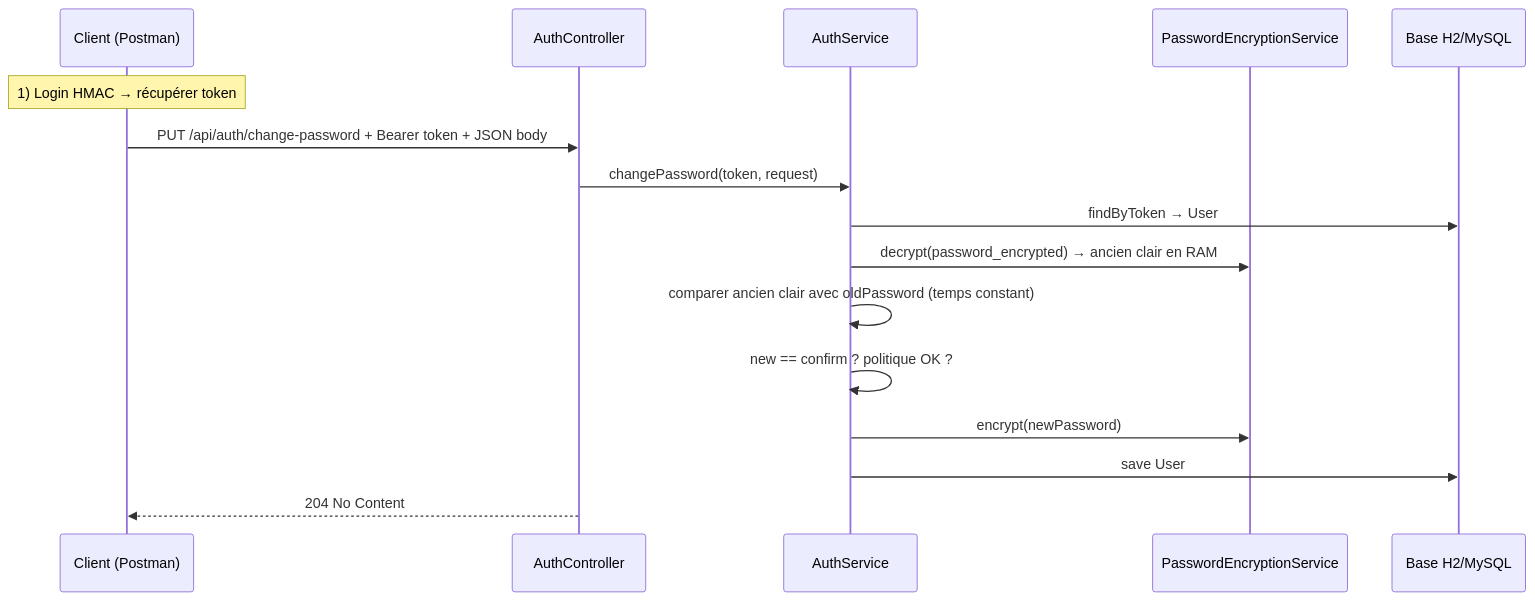
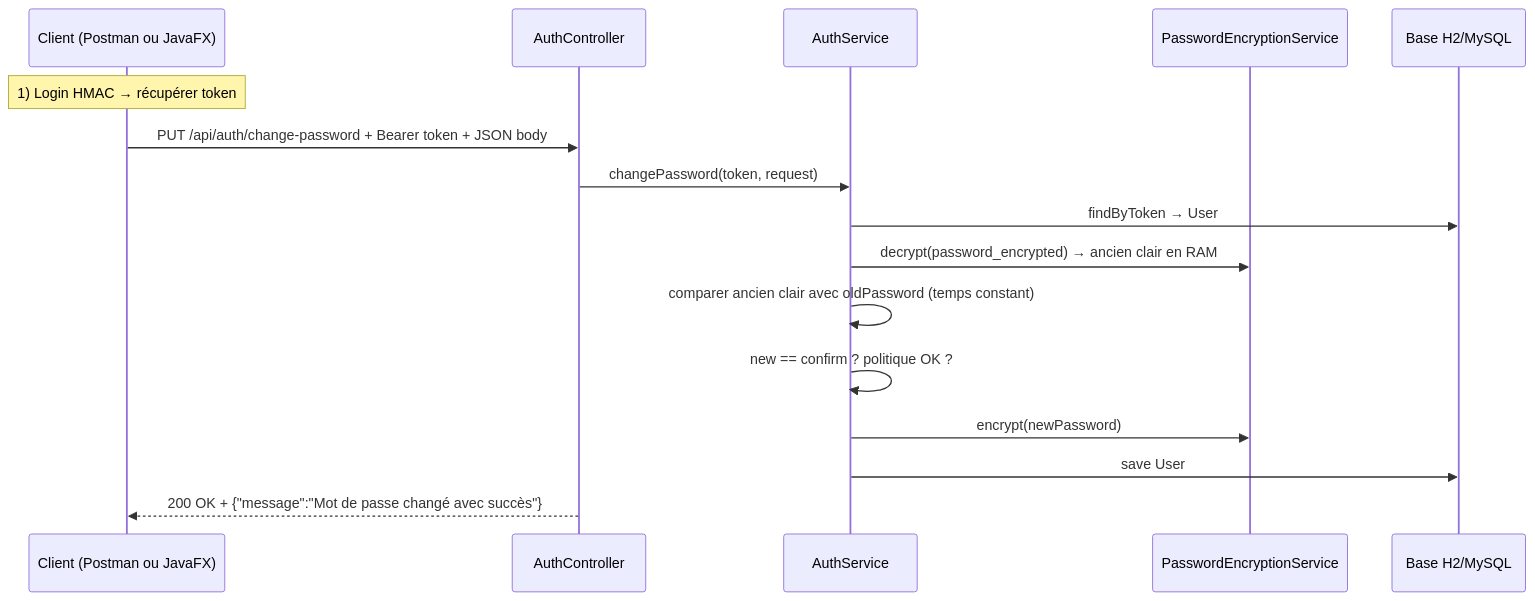
The diagram in Doc/Guide/GUIDE_TP5.md (mirija-712/authentification-java), drawn with Mermaid before and after one commit. The commit also changed other lines of this file and 13 other files, not shown here.

````diff
--- a/Doc/Guide/GUIDE_TP5.md
+++ b/Doc/Guide/GUIDE_TP5.md
@@ -41,19 +42,19 @@
 ```mermaid
 sequenceDiagram
-  participant C as Client (Postman)
+  participant C as Client (Postman ou JavaFX)
   participant API as AuthController
   participant S as AuthService
   participant P as PasswordEncryptionService
   participant DB as Base H2/MySQL
 
   Note over C: 1) Login HMAC → récupérer token
   C->>API: PUT /api/auth/change-password + Bearer token + JSON body
   API->>S: changePassword(token, request)
   S->>DB: findByToken → User
   S->>P: decrypt(password_encrypted) → ancien clair en RAM
   S->>S: comparer ancien clair avec oldPassword (temps constant)
   S->>S: new == confirm ? politique OK ?
   S->>P: encrypt(newPassword)
   S->>DB: save User
-  API-->>C: 204 No Content
+  API-->>C: 200 OK + {"message":"Mot de passe changé avec succès"}
 ```
````
